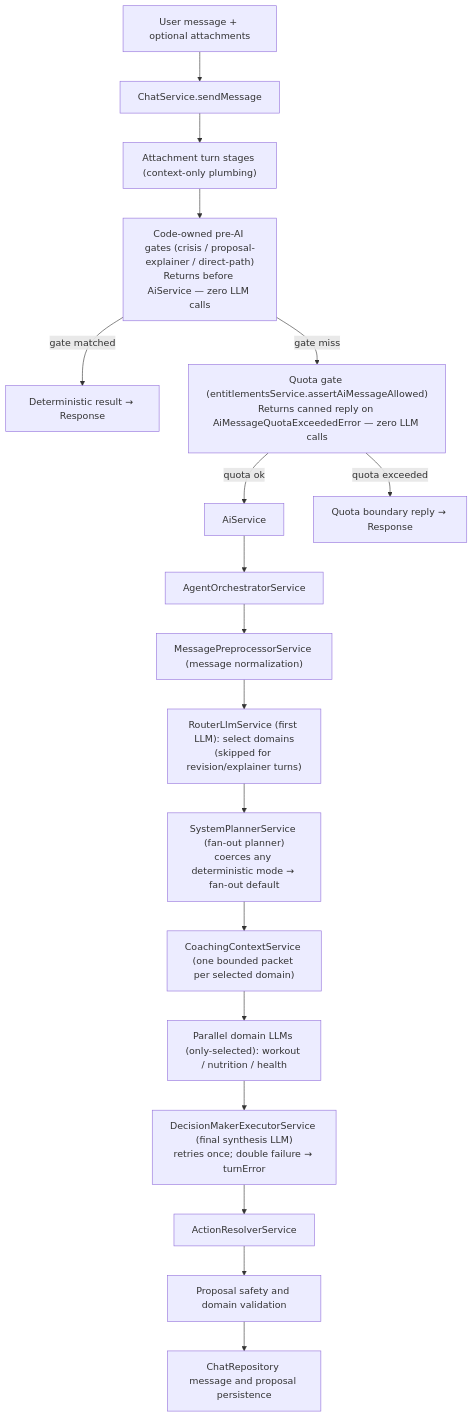
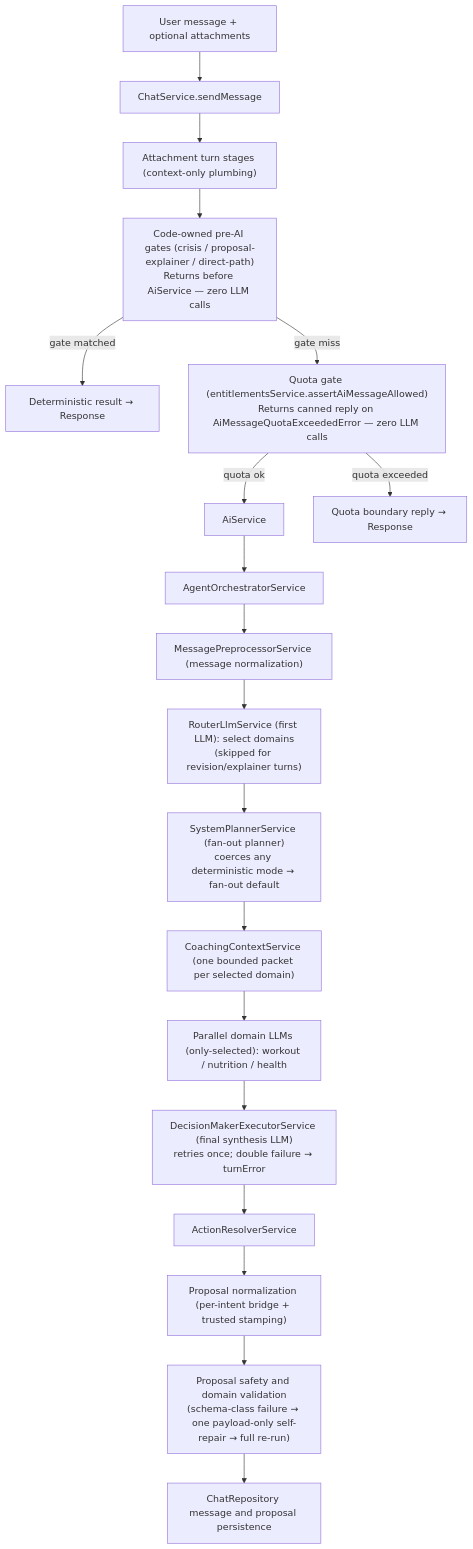
One commit to IldarRash/HealthTracer changed the second of 3 diagrams in docs/architecture/llm-pipeline.md. Above: the diagram before and after it, drawn with Mermaid. The commit also changed other lines of this file and 71 other files, not shown here.

First line of the commit message:
feat(proposals): pipeline hardening — per-intent normalization, self-repair retry, domain-step structured outputs, tolerant client contract

````diff
--- a/docs/architecture/llm-pipeline.md
+++ b/docs/architecture/llm-pipeline.md
@@ -60,20 +65,21 @@
 ```mermaid
 flowchart TD
   userTurn["User message + optional attachments"] --> chatService["ChatService.sendMessage"]
   chatService --> attachmentStages["Attachment turn stages (context-only plumbing)"]
   attachmentStages --> preAiGates["Code-owned pre-AI gates (crisis / proposal-explainer / direct-path)\nReturns before AiService — zero LLM calls"]
   preAiGates -- "gate matched" --> deterministic["Deterministic result → Response"]
   preAiGates -- "gate miss" --> quotaGate["Quota gate (entitlementsService.assertAiMessageAllowed)\nReturns canned reply on AiMessageQuotaExceededError — zero LLM calls"]
   quotaGate -- "quota ok" --> aiService["AiService"]
   quotaGate -- "quota exceeded" --> quotaReply["Quota boundary reply → Response"]
   aiService --> orchestrator["AgentOrchestratorService"]
   orchestrator --> preprocessor["MessagePreprocessorService (message normalization)"]
   preprocessor --> router["RouterLlmService (first LLM): select domains\n(skipped for revision/explainer turns)"]
   router --> planner["SystemPlannerService (fan-out planner)\ncoerces any deterministic mode → fan-out default"]
   planner --> context["CoachingContextService (one bounded packet per selected domain)"]
   context --> domainLlms["Parallel domain LLMs (only-selected): workout / nutrition / health"]
   domainLlms --> decision["DecisionMakerExecutorService (final synthesis LLM)\nretries once; double failure → turnError"]
   decision --> actionResolver["ActionResolverService"]
-  actionResolver --> validation["Proposal safety and domain validation"]
+  actionResolver --> normalization["Proposal normalization (per-intent bridge + trusted stamping)"]
+  normalization --> validation["Proposal safety and domain validation\n(schema-class failure → one payload-only self-repair → full re-run)"]
   validation --> persistence["ChatRepository message and proposal persistence"]
 ```
````
